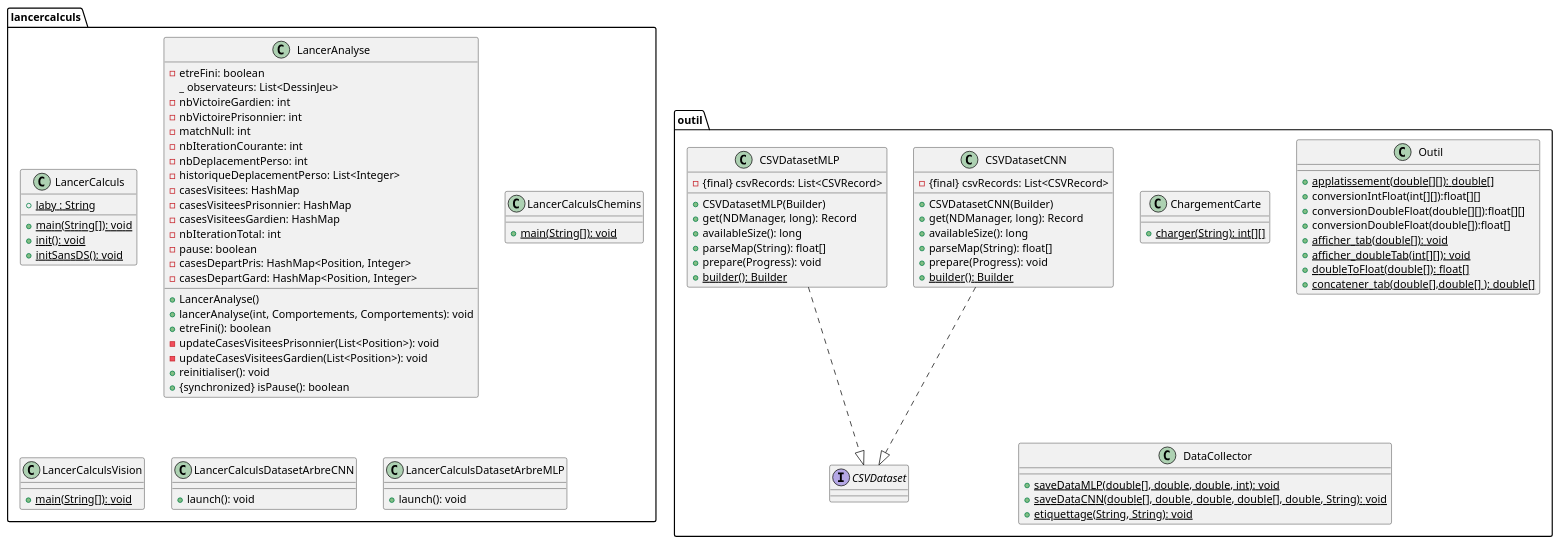
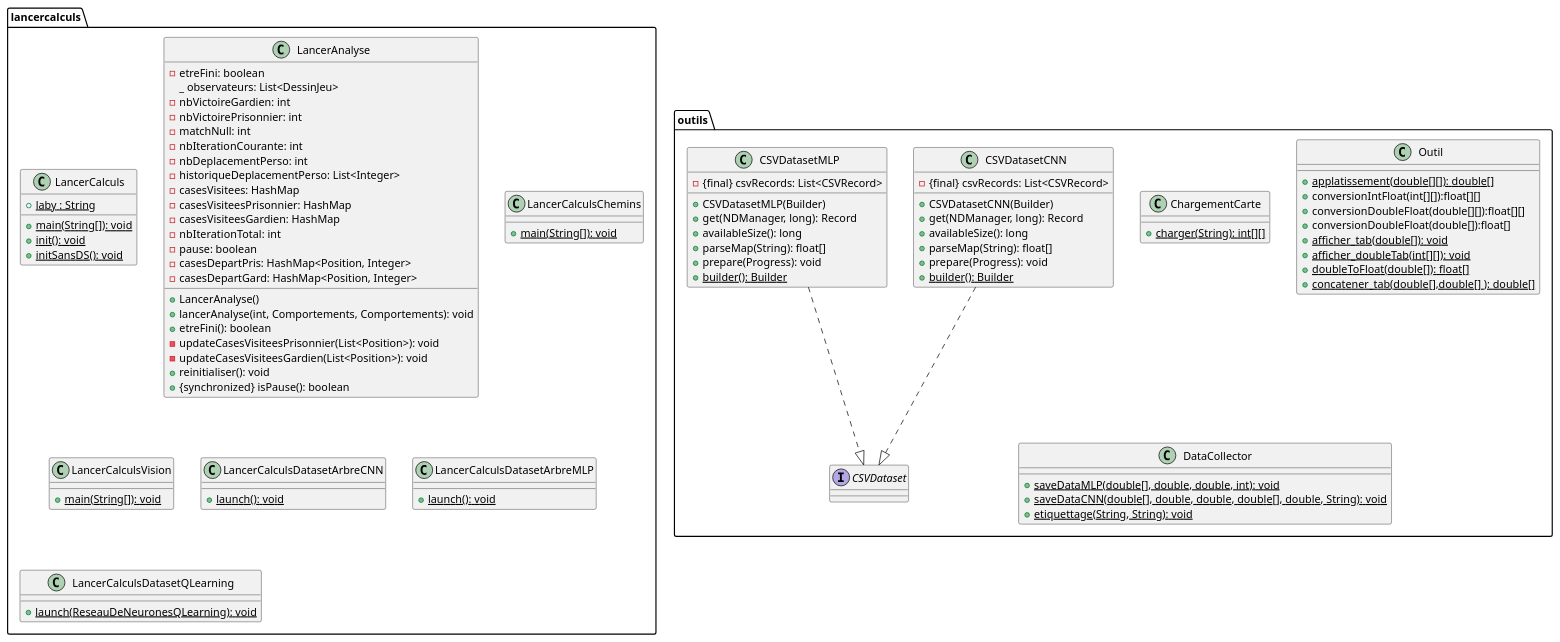
One commit to celie-ponroy/projet_tutore_amaglio_bitsindou_dechezlepretre_ponroy_RAIL2 changed the diagram in projet_tut_poursuite-evasion/code_diag_class/diagClassPart3.puml. Above: the diagram before and after it, drawn with PlantUML. The commit also changed 2 other files, not shown here.

Commit message:
ajout QLearning diag class

```diff
--- a/projet_tut_poursuite-evasion/code_diag_class/diagClassPart3.puml
+++ b/projet_tut_poursuite-evasion/code_diag_class/diagClassPart3.puml
@@ -1,95 +1,96 @@
 @startuml
 
 package "lancercalculs"{
   class LancerCalculs{
     + {static} main(String[]): void
     + {static} laby : String
     + {static} init(): void
     + {static} initSansDS(): void
 
   }
   class LancerAnalyse{
     - etreFini: boolean
     _ observateurs: List<DessinJeu>
     - nbVictoireGardien: int
     - nbVictoirePrisonnier: int
     - matchNull: int
     - nbIterationCourante: int
     - nbDeplacementPerso: int
     - historiqueDeplacementPerso: List<Integer>
     - casesVisitees: HashMap
     - casesVisiteesPrisonnier: HashMap
     - casesVisiteesGardien: HashMap
     - nbIterationTotal: int
     - pause: boolean
     - casesDepartPris: HashMap<Position, Integer>
     - casesDepartGard: HashMap<Position, Integer>
     + LancerAnalyse()
     + lancerAnalyse(int, Comportements, Comportements): void
     + etreFini(): boolean
     - updateCasesVisiteesPrisonnier(List<Position>): void
     - updateCasesVisiteesGardien(List<Position>): void
     + reinitialiser(): void
     + {synchronized} isPause(): boolean
   }
   class LancerCalculsChemins{
     + {static} main(String[]): void
   }
   class LancerCalculsVision{
     + {static} main(String[]): void
   }
   class LancerCalculsDatasetArbreCNN{
-        + launch(): void
+         + {static} launch(): void
   }
-
    class LancerCalculsDatasetArbreMLP{
-          + launch(): void
-    }
-
+         + {static} launch(): void
+   }
+   class LancerCalculsDatasetQLearning{
+         + {static} launch(ReseauDeNeuronesQLearning): void
+   }
 }
-package "outil"{
+package "outils"{
     class ChargementCarte{
         + {static} charger(String): int[][]
     }
     class Outil{
       + {static} applatissement(double[][]): double[]
       + conversionIntFloat(int[][]):float[][]
       + conversionDoubleFloat(double[][]):float[][]
       + conversionDoubleFloat(double[]):float[]
       + {static} afficher_tab(double[]): void
       + {static} afficher_doubleTab(int[][]): void
       + {static} doubleToFloat(double[]): float[]
       + {static} concatener_tab(double[],double[] ): double[]
     }
     class DataCollector{
         + {static} saveDataMLP(double[], double, double, int): void
         + {static} saveDataCNN(double[], double, double, double[], double, String): void
         + {static} etiquettage(String, String): void
     }
     interface CSVDataset{
 
     }
     class CSVDatasetCNN{
         - {final} csvRecords: List<CSVRecord>
         + CSVDatasetCNN(Builder)
         + get(NDManager, long): Record
         + availableSize(): long
         + parseMap(String): float[]
         + prepare(Progress): void
         + {static} builder(): Builder
     }
     class CSVDatasetMLP{
             - {final} csvRecords: List<CSVRecord>
             + CSVDatasetMLP(Builder)
             + get(NDManager, long): Record
             + availableSize(): long
             + parseMap(String): float[]
             + prepare(Progress): void
             + {static} builder(): Builder
     }
 }
 CSVDatasetCNN ..|> CSVDataset
 CSVDatasetMLP ..|> CSVDataset
 
 
 @enduml
```
